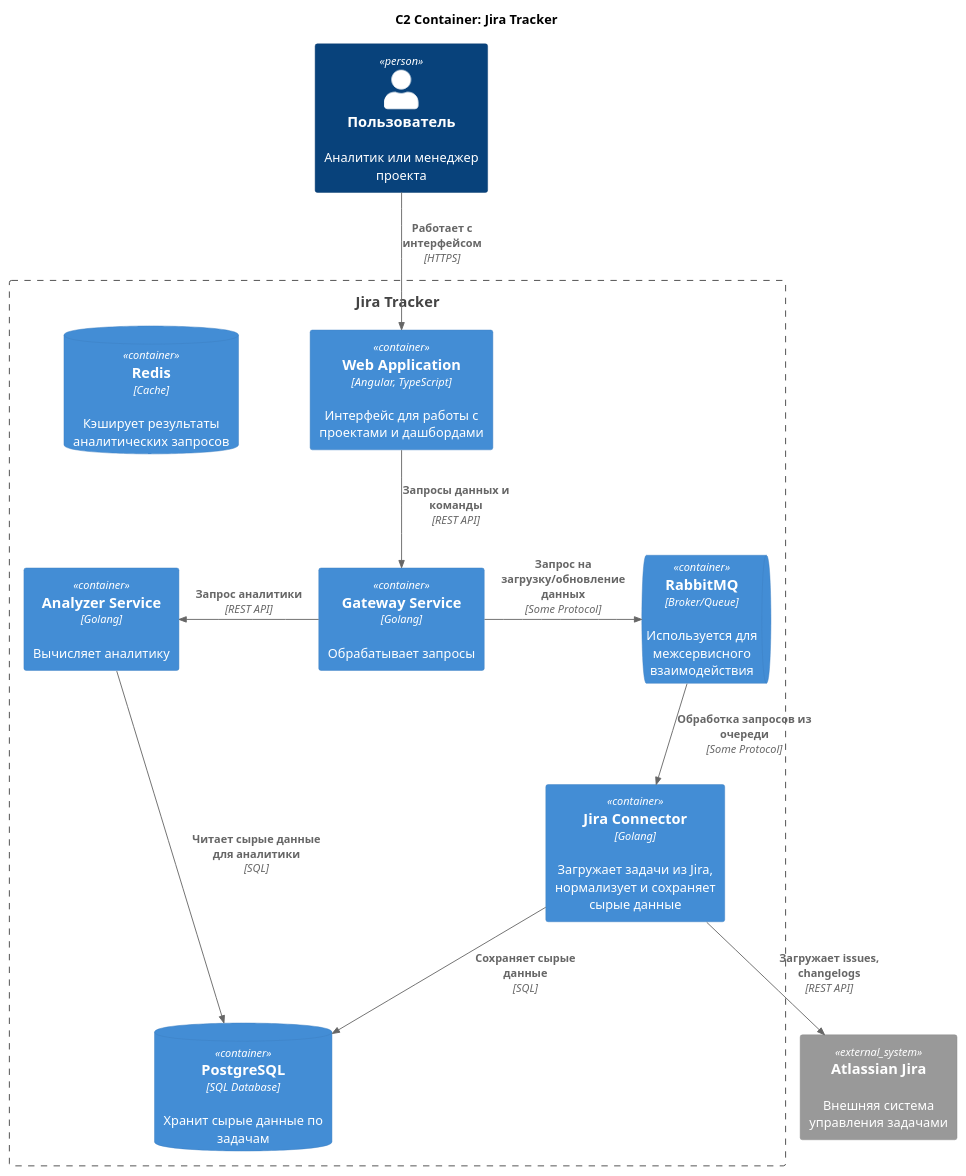
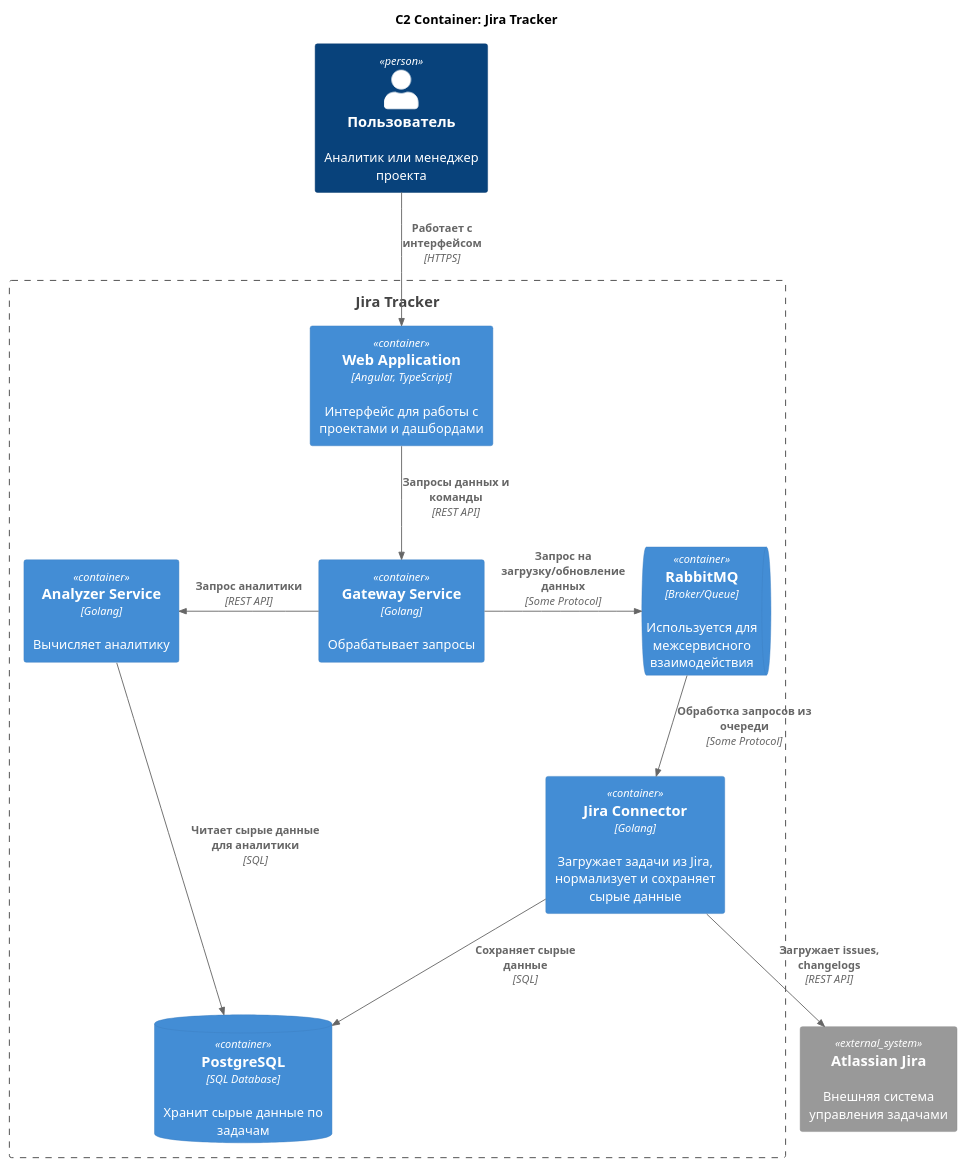
Before and after one commit to Go-Yadro-Group-1/docs: the diagram in diagramm/C2/scheme.puml, drawn with PlantUML. The commit also changed 1 other file, not shown here.

Commit message:
delete redis container

```diff
--- a/diagramm/C2/scheme.puml
+++ b/diagramm/C2/scheme.puml
@@ -1,38 +1,36 @@
 @startuml
 !include https://raw.githubusercontent.com/plantuml-stdlib/C4-PlantUML/master/C4_Container.puml
 
 title C2 Container: Jira Tracker
 
 Person(user, "Пользователь", "Аналитик или менеджер проекта")
 
 Boundary(tracker, "Jira Tracker") {
     Container(webapp, "Web Application", "Angular, TypeScript", "Интерфейс для работы с проектами и дашбордами")
 
     Container(gateway, "Gateway Service", "Golang", "Обрабатывает запросы")
 
     Container(analytic, "Analyzer Service", "Golang", "Вычисляет аналитику")
 
     Container(connector, "Jira Connector", "Golang", "Загружает задачи из Jira, нормализует и сохраняет сырые данные")
 
     ContainerDb(postgres, "PostgreSQL", "SQL Database", "Хранит сырые данные по задачам")
-
-    ContainerDb(mongo, "Redis", "Cache", "Кэширует результаты аналитических запросов")
 
     ContainerQueue(queue, "RabbitMQ", "Broker/Queue", "Используется для межсервисного взаимодействия")
 }
 
 System_Ext(jira, "Atlassian Jira", "Внешняя система управления задачами")
 
 Rel_D(user, webapp, "Работает с интерфейсом", "HTTPS")
 Rel_D(webapp, gateway, "Запросы данных и команды", "REST API")
 
 Rel_L(gateway, analytic, "Запрос аналитики", "REST API")
 Rel_R(gateway, queue, "Запрос на загрузку/обновление данных", "Some Protocol")
 Rel_D(queue, connector, "Обработка запросов из очереди", "Some Protocol")
 
 Rel(analytic, postgres, "Читает сырые данные для аналитики", "SQL")
 
 Rel_D(connector, jira, "Загружает issues, changelogs", "REST API")
 Rel(connector, postgres, "Сохраняет сырые данные", "SQL")
 
 @enduml
```
